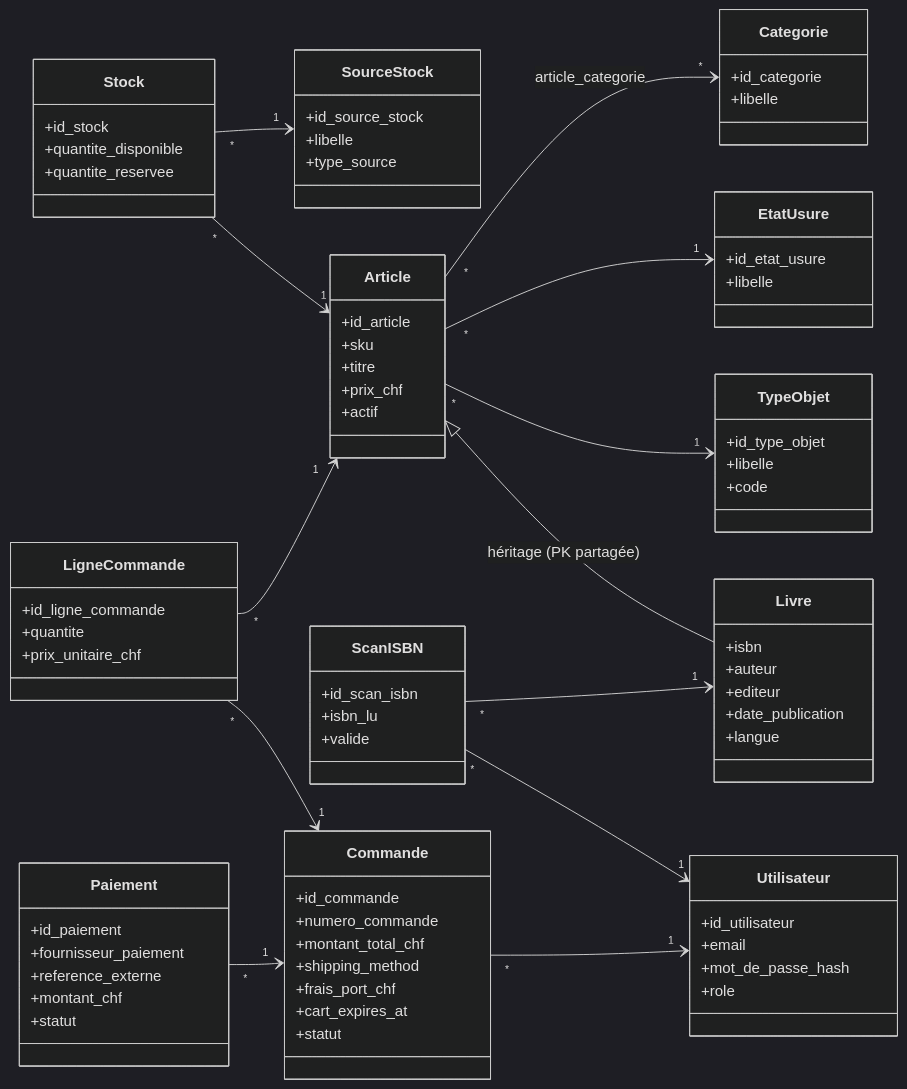
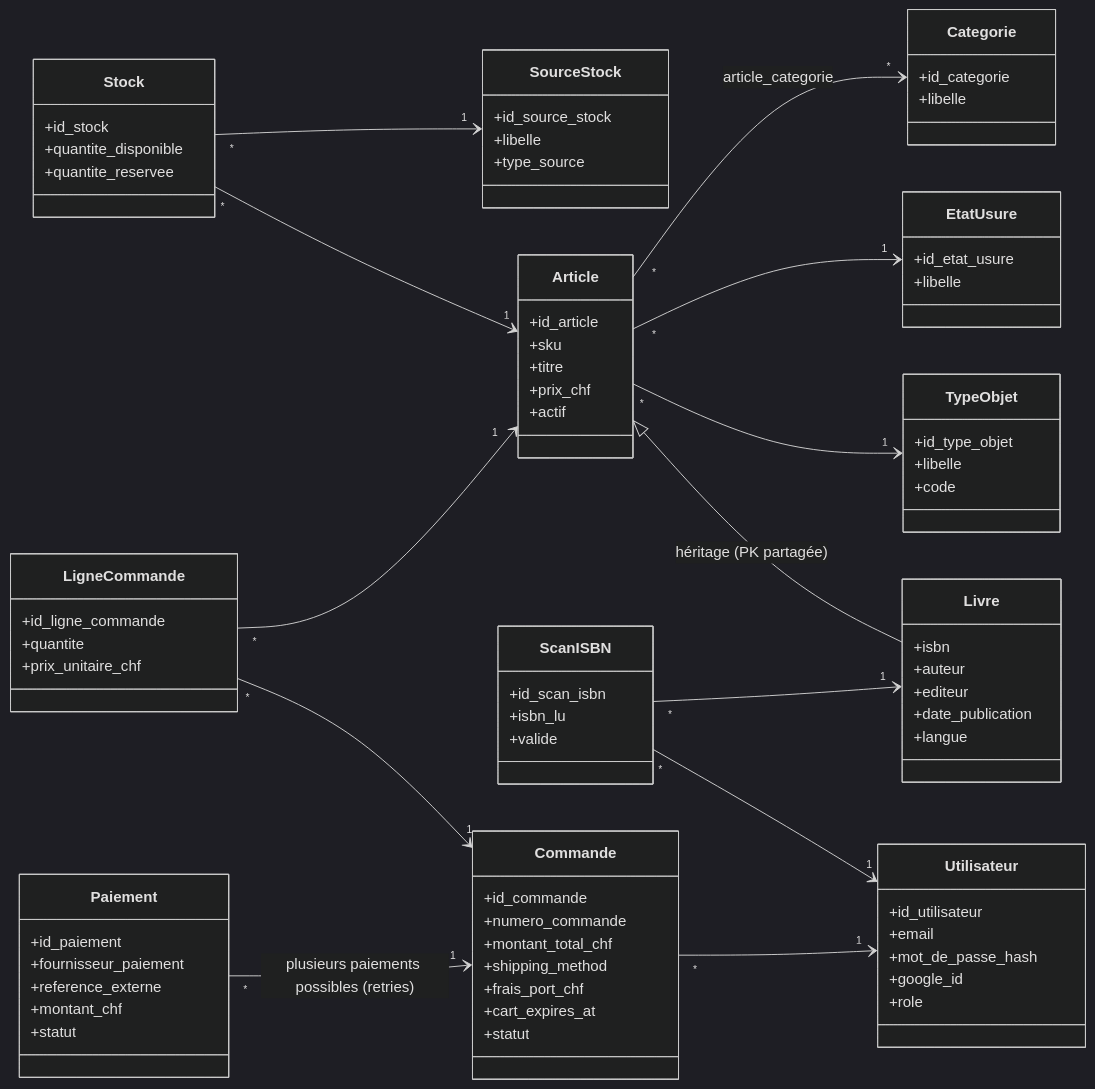
The diagram in diagrams/classes.mmd (Visualstudiocodetest/caribooks), drawn with Mermaid (dark theme) before and after one commit. The commit also changed 27 other files, not shown here.

```diff
--- a/diagrams/classes.mmd
+++ b/diagrams/classes.mmd
@@ -1,86 +1,87 @@
 %% Diagramme de classes — Modèle objet CARIBOOKS
 classDiagram
     direction LR
 
     class TypeObjet {
         +id_type_objet
         +libelle
         +code
     }
     class EtatUsure {
         +id_etat_usure
         +libelle
     }
     class Categorie {
         +id_categorie
         +libelle
     }
     class SourceStock {
         +id_source_stock
         +libelle
         +type_source
     }
     class Article {
         +id_article
         +sku
         +titre
         +prix_chf
         +actif
     }
     class Livre {
         +isbn
         +auteur
         +editeur
         +date_publication
         +langue
     }
     class Stock {
         +id_stock
         +quantite_disponible
         +quantite_reservee
     }
     class ScanISBN {
         +id_scan_isbn
         +isbn_lu
         +valide
     }
     class Utilisateur {
         +id_utilisateur
         +email
         +mot_de_passe_hash
+        +google_id
         +role
     }
     class Commande {
         +id_commande
         +numero_commande
         +montant_total_chf
         +shipping_method
         +frais_port_chf
         +cart_expires_at
         +statut
     }
     class LigneCommande {
         +id_ligne_commande
         +quantite
         +prix_unitaire_chf
     }
     class Paiement {
         +id_paiement
         +fournisseur_paiement
         +reference_externe
         +montant_chf
         +statut
     }
 
     Article <|-- Livre : héritage (PK partagée)
     Article "*" --> "1" TypeObjet
     Article "*" --> "1" EtatUsure
     Article "*" --> "*" Categorie : article_categorie
     Stock "*" --> "1" Article
     Stock "*" --> "1" SourceStock
     Commande "*" --> "1" Utilisateur
     LigneCommande "*" --> "1" Commande
     LigneCommande "*" --> "1" Article
-    Paiement "*" --> "1" Commande
+    Paiement "*" --> "1" Commande : plusieurs paiements possibles (retries)
     ScanISBN "*" --> "1" Utilisateur
     ScanISBN "*" --> "1" Livre
```
